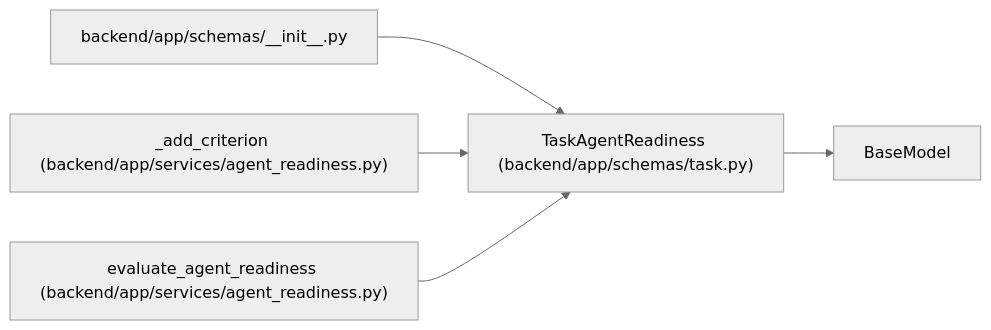
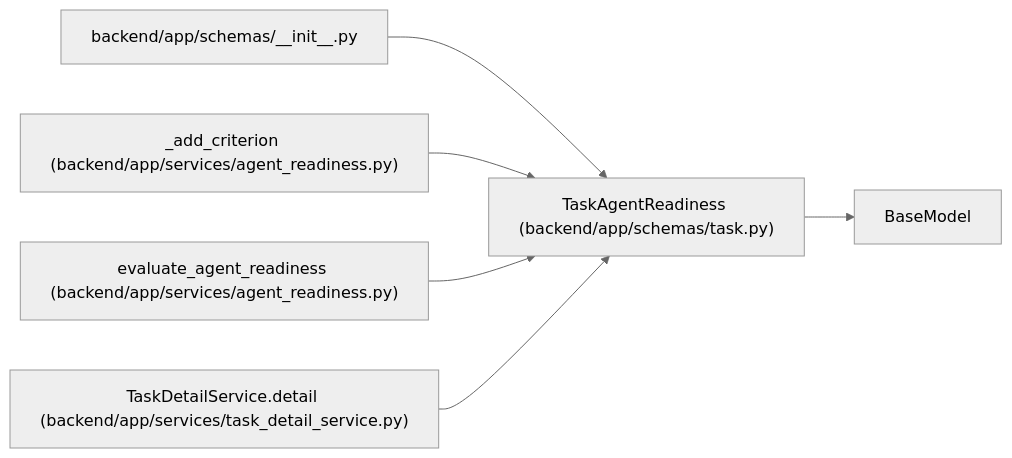
Before and after one commit to Denissvgn/WorkChord: the diagram in docs/llm_wiki/entities/schemas_task_TaskAgentReadiness.md, drawn with Mermaid (neutral theme). The commit also changed other lines of this file and 1238 other files, not shown here.

First line of the commit message:
docs(wiki): publish compact canonical domain architecture

````diff
--- a/docs/llm_wiki/entities/schemas_task_TaskAgentReadiness.md
+++ b/docs/llm_wiki/entities/schemas_task_TaskAgentReadiness.md
@@ -31,16 +31,19 @@
 ```mermaid
 flowchart LR
     n0["TaskAgentReadiness (backend/app/schemas/task.py)"]
     n1["BaseModel"]
     n2["backend/app/schemas/__init__.py"]
     n3["_add_criterion (backend/app/services/agent_readiness.py)"]
     n4["evaluate_agent_readiness (backend/app/services/agent_readiness.py)"]
+    n5["TaskDetailService.detail (backend/app/services/task_detail_service.py)"]
     n0 --> n1
     n2 --> n0
     n3 --> n0
     n4 --> n0
+    n5 --> n0
     click n0 "../modules/schemas_task.md"
     click n2 "../modules/schemas___init__.md"
     click n3 "../modules/agent_readiness.md"
     click n4 "../modules/agent_readiness.md"
+    click n5 "../modules/task_detail_service.md"
 ```
````
